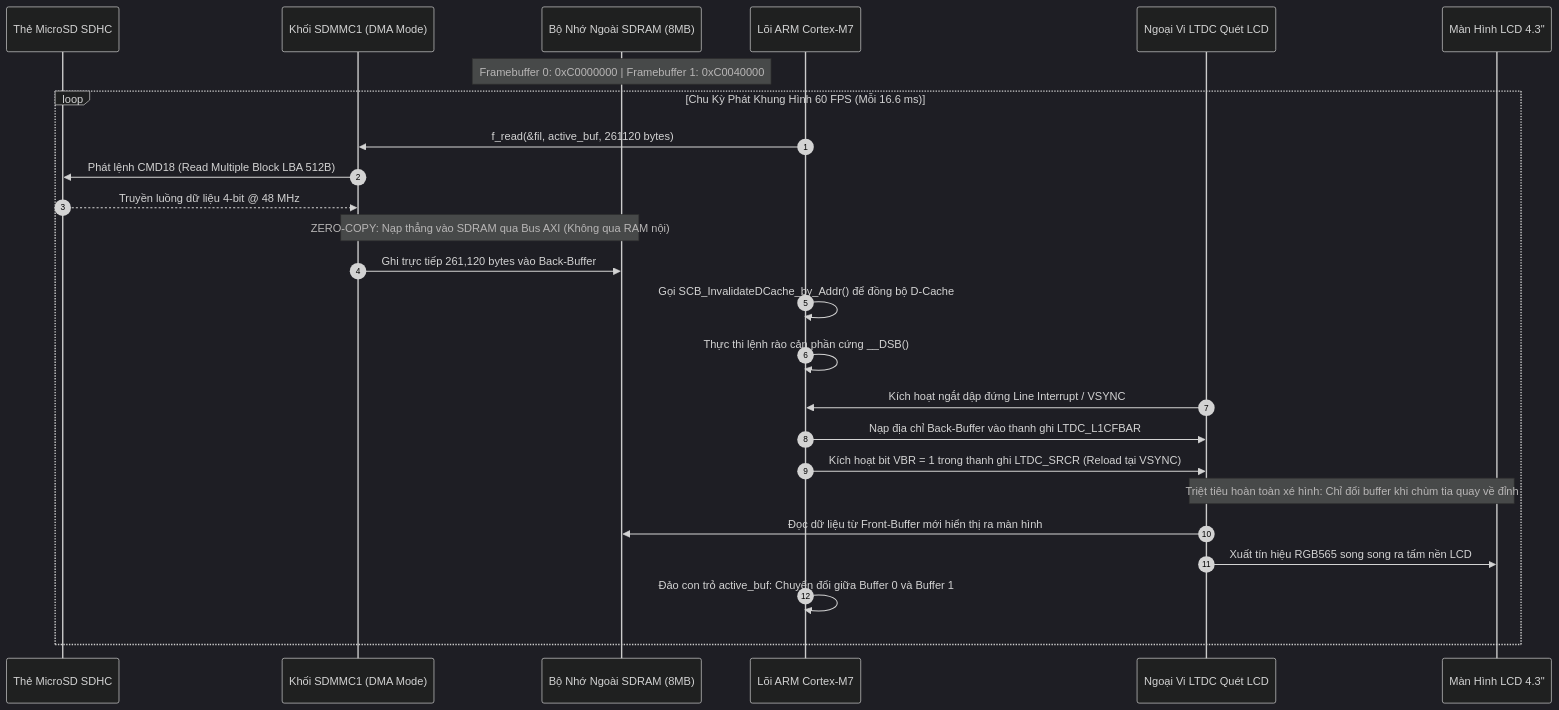
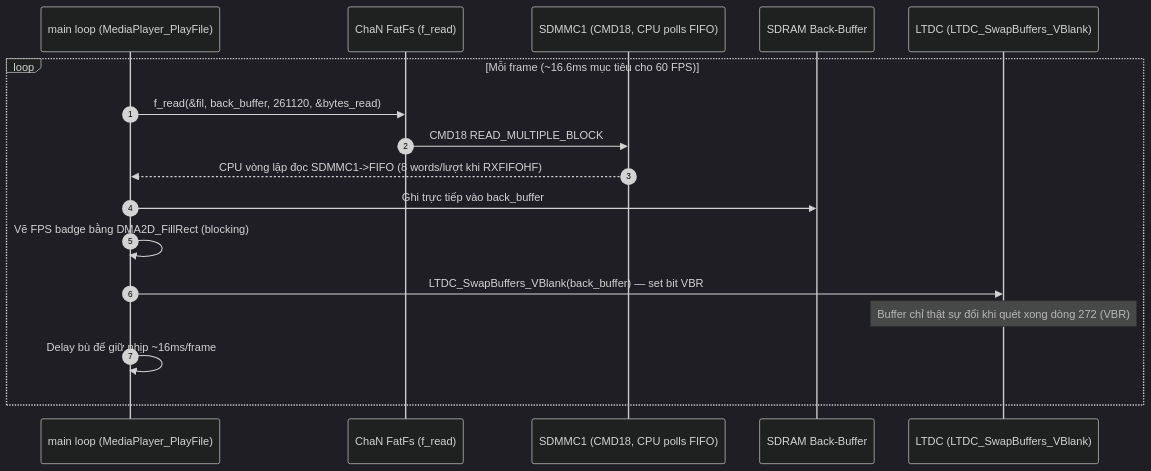
The second of 3 diagrams in project2_video_playback_interview.md (HuynhTran112/source), drawn with Mermaid (dark theme) before and after one commit. The commit also changed other lines of this file, not shown here.

````diff
--- a/project2_video_playback_interview.md
+++ b/project2_video_playback_interview.md
@@ -551,34 +268,20 @@
 ```mermaid
 sequenceDiagram
     autonumber
-    participant SD_Card as Thẻ MicroSD SDHC
-    participant SDMMC as Khối SDMMC1 (DMA Mode)
-    participant SDRAM as Bộ Nhớ Ngoài SDRAM (8MB)
-    participant CPU as Lõi ARM Cortex-M7
-    participant LTDC as Ngoại Vi LTDC Quét LCD
-    participant Panel as Màn Hình LCD 4.3"
+    participant CPU as main loop (MediaPlayer_PlayFile)
+    participant FatFs as ChaN FatFs (f_read)
+    participant SDMMC as SDMMC1 (CMD18, CPU polls FIFO)
+    participant SDRAM as SDRAM Back-Buffer
+    participant LTDC as LTDC (LTDC_SwapBuffers_VBlank)
 
-    Note over SDRAM: Framebuffer 0: 0xC0000000 | Framebuffer 1: 0xC0040000
-    
-    loop Chu Kỳ Phát Khung Hình 60 FPS (Mỗi 16.6 ms)
-        CPU->>SDMMC: f_read(&fil, active_buf, 261120 bytes)
-        SDMMC->>SD_Card: Phát lệnh CMD18 (Read Multiple Block LBA 512B)
-        SD_Card-->>SDMMC: Truyền luồng dữ liệu 4-bit @ 48 MHz
-        
-        Note over SDMMC,SDRAM: ZERO-COPY: Nạp thẳng vào SDRAM qua Bus AXI (Không qua RAM nội)
-        SDMMC->>SDRAM: Ghi trực tiếp 261,120 bytes vào Back-Buffer
-        
-        CPU->>CPU: Gọi SCB_InvalidateDCache_by_Addr() để đồng bộ D-Cache
-        CPU->>CPU: Thực thi lệnh rào cản phần cứng __DSB()
-        
-        LTDC->>CPU: Kích hoạt ngắt dập đứng Line Interrupt / VSYNC
-        CPU->>LTDC: Nạp địa chỉ Back-Buffer vào thanh ghi LTDC_L1CFBAR
-        CPU->>LTDC: Kích hoạt bit VBR = 1 trong thanh ghi LTDC_SRCR (Reload tại VSYNC)
-        
-        Note over LTDC,Panel: Triệt tiêu hoàn toàn xé hình: Chỉ đổi buffer khi chùm tia quay về đỉnh
-        LTDC->>SDRAM: Đọc dữ liệu từ Front-Buffer mới hiển thị ra màn hình
-        LTDC->>Panel: Xuất tín hiệu RGB565 song song ra tấm nền LCD
-        
-        CPU->>CPU: Đảo con trỏ active_buf: Chuyển đổi giữa Buffer 0 và Buffer 1
+    loop Mỗi frame (~16.6ms mục tiêu cho 60 FPS)
+        CPU->>FatFs: f_read(&fil, back_buffer, 261120, &bytes_read)
+        FatFs->>SDMMC: CMD18 READ_MULTIPLE_BLOCK
+        SDMMC-->>CPU: CPU vòng lặp đọc SDMMC1->FIFO (8 words/lượt khi RXFIFOHF)
+        CPU->>SDRAM: Ghi trực tiếp vào back_buffer
+        CPU->>CPU: Vẽ FPS badge bằng DMA2D_FillRect (blocking)
+        CPU->>LTDC: LTDC_SwapBuffers_VBlank(back_buffer) — set bit VBR
+        Note over LTDC: Buffer chỉ thật sự đổi khi quét xong dòng 272 (VBR)
+        CPU->>CPU: Delay bù để giữ nhịp ~16ms/frame
     end
 ```
````
